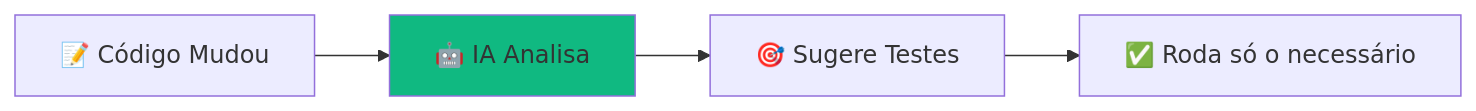
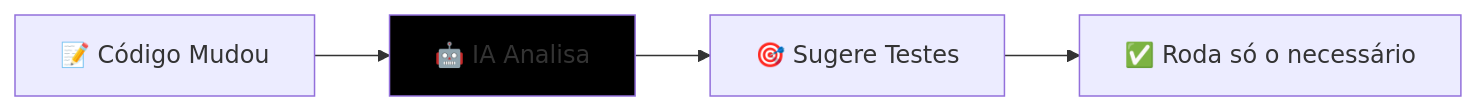
Before and after one commit to josenetoo/fiap-dclt-aula07: the fourth of 6 diagrams in VIDEO-7.1-PASSO-A-PASSO-v3.md, drawn with Mermaid. The commit also changed other lines of this file and 5 other files, not shown here.

````diff
--- a/VIDEO-7.1-PASSO-A-PASSO-v3.md
+++ b/VIDEO-7.1-PASSO-A-PASSO-v3.md
@@ -116,8 +116,8 @@
 ```mermaid
 graph LR
     A[📝 Código Mudou] --> B[🤖 IA Analisa]
     B --> C[🎯 Sugere Testes]
     C --> D[✅ Roda só o necessário]
     
-    style B fill:#10b981
+    style B fill:#000000
 ```
````
